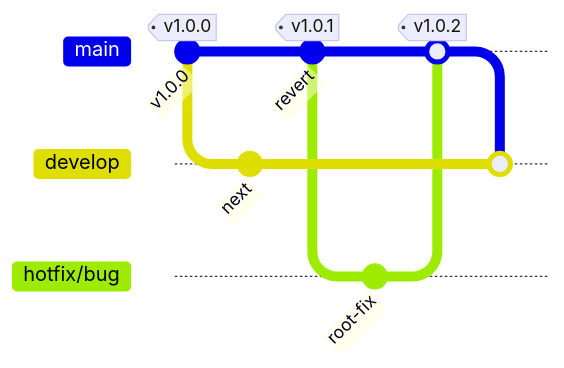
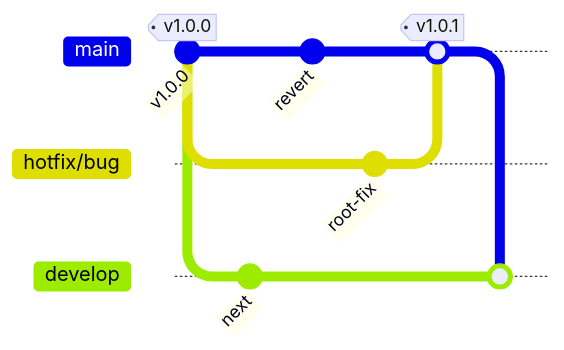
One commit to RyoNakagami/regmonkey-presentation changed the second of 2 diagrams in posts/2026-05-25-git-development-flow/index.qmd. Above: the diagram before and after it, drawn with Mermaid. The commit also changed other lines of this file and 2 other files, not shown here.

````diff
--- a/posts/2026-05-25-git-development-flow/index.qmd
+++ b/posts/2026-05-25-git-development-flow/index.qmd
@@ -521,31 +523,31 @@
 ```{mermaid}
 %%| fig-width: 16
 %%| fig-height: 11
 %%{ init: {
     'theme': 'default',
     'themeVariables': {
         'fontFamily': 'Meiryo',
         'commitLabelFontSize': '14px',
         'tagLabelFontSize': '14px'
     },
     'gitGraph': {
         'orientation': 'LR',
         'nodeSpacing': 110,
         'mainBranchName': 'main'
     }
 } }%%
 gitGraph
    commit id: "v1.0.0" tag: "v1.0.0"
+   branch hotfix/bug
    branch develop
    checkout develop
    commit id: "next"
    checkout main
-   commit id: "revert" tag: "v1.0.1"
-   branch hotfix/bug
+   commit id: "revert"
    checkout hotfix/bug
    commit id: "root-fix"
    checkout main
-   merge hotfix/bug tag: "v1.0.2"
+   merge hotfix/bug tag: "v1.0.1"
    checkout develop
    merge main
 ```
````
